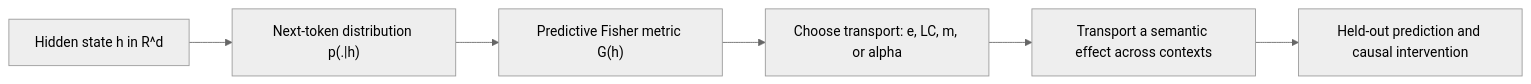
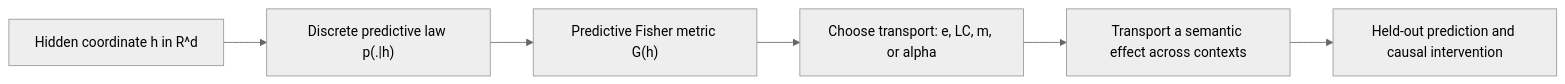
One commit to guybass/probalistic-latent-spaces changed the diagram in PROJECT_OVERVIEW.md. Above: the diagram before and after it, drawn with Mermaid (neutral theme). The commit also changed other lines of this file and 6 other files, not shown here.

````diff
--- a/PROJECT_OVERVIEW.md
+++ b/PROJECT_OVERVIEW.md
@@ -16,8 +31,8 @@
 ```mermaid
 flowchart LR
-    H["Hidden state h in R^d"] --> P["Next-token distribution p(.|h)"]
+    H["Hidden coordinate h in R^d"] --> P["Discrete predictive law p(.|h)"]
     P --> G["Predictive Fisher metric G(h)"]
     G --> C["Choose transport: e, LC, m, or alpha"]
     C --> T["Transport a semantic effect across contexts"]
     T --> E["Held-out prediction and causal intervention"]
 ```
````
